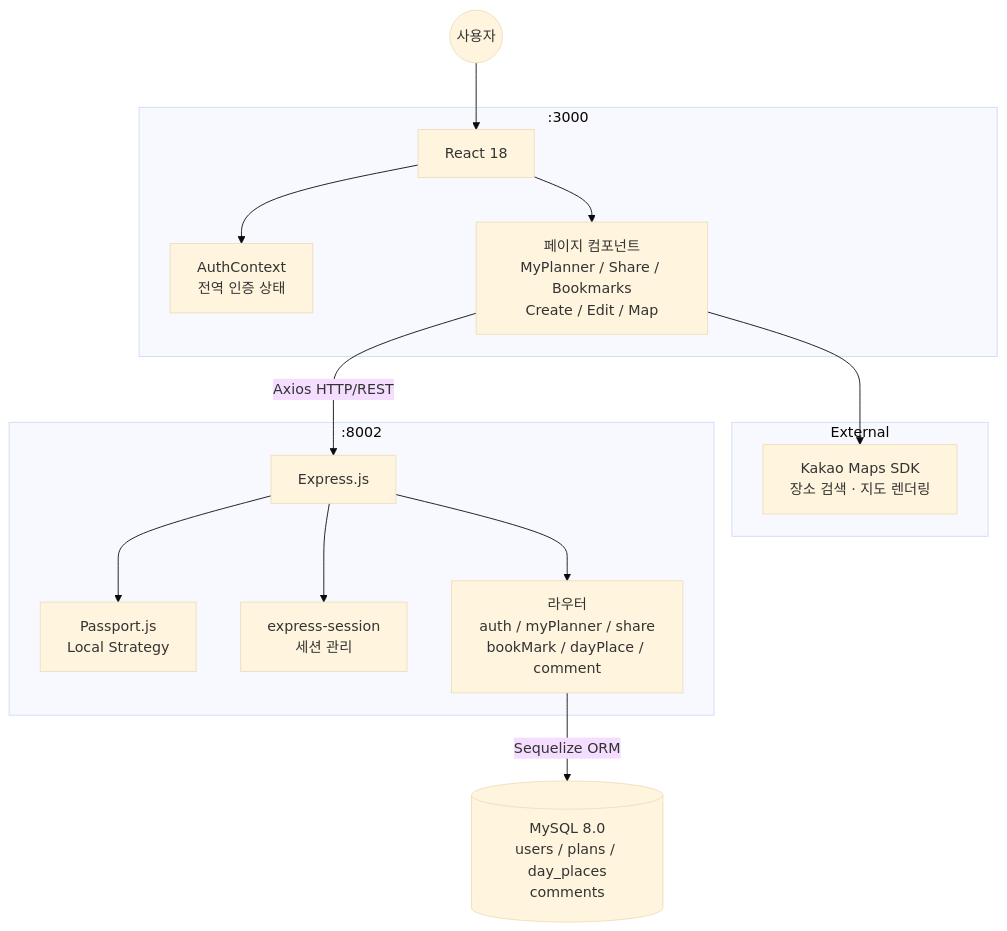
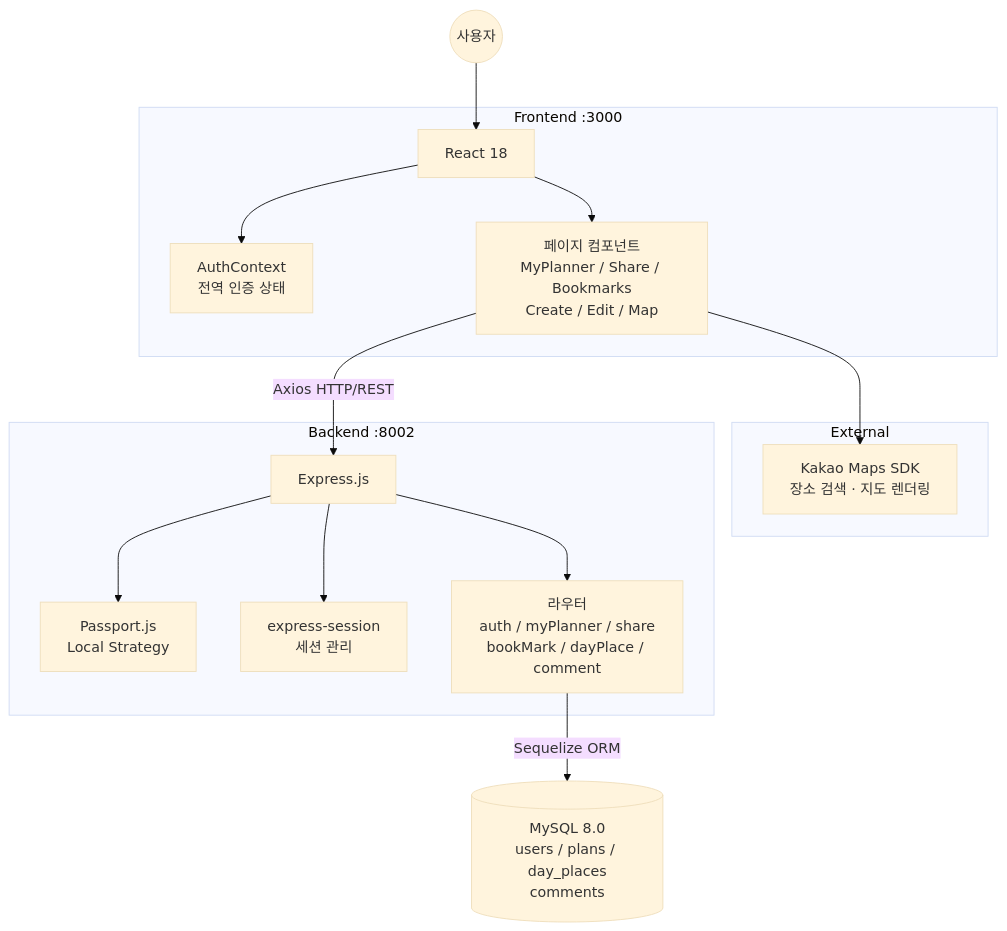
The first of 5 diagrams in public/flows/0UTipPlannerFlow.md (JamongFriend/jamongfriend.github.io), drawn with Mermaid (base theme) before and after one commit. The commit also changed other lines of this file and 4 other files, not shown here.

Commit message:
refactor: mermaid 스크립트 오류 수정

````diff
--- a/public/flows/0UTipPlannerFlow.md
+++ b/public/flows/0UTipPlannerFlow.md
@@ -5,31 +5,31 @@
 ```mermaid
 graph TD
     User((사용자)) --> React
 
-    subgraph Frontend [:3000]
+    subgraph Frontend ["Frontend :3000"]
         React[React 18]
         AuthCtx[AuthContext\n전역 인증 상태]
         Pages[페이지 컴포넌트\nMyPlanner / Share / Bookmarks\nCreate / Edit / Map]
         React --> AuthCtx
         React --> Pages
     end
 
     subgraph External
         KakaoSDK[Kakao Maps SDK\n장소 검색 · 지도 렌더링]
     end
 
     Pages --> |Axios HTTP/REST| Express
     Pages --> KakaoSDK
 
-    subgraph Backend [:8002]
+    subgraph Backend ["Backend :8002"]
         Express[Express.js]
         Passport[Passport.js\nLocal Strategy]
         Session[express-session\n세션 관리]
         Routes[라우터\nauth / myPlanner / share\nbookMark / dayPlace / comment]
         Express --> Passport
         Express --> Session
         Express --> Routes
     end
 
     Routes --> |Sequelize ORM| MySQL[(MySQL 8.0\nusers / plans / day_places\ncomments)]
 ```
````
